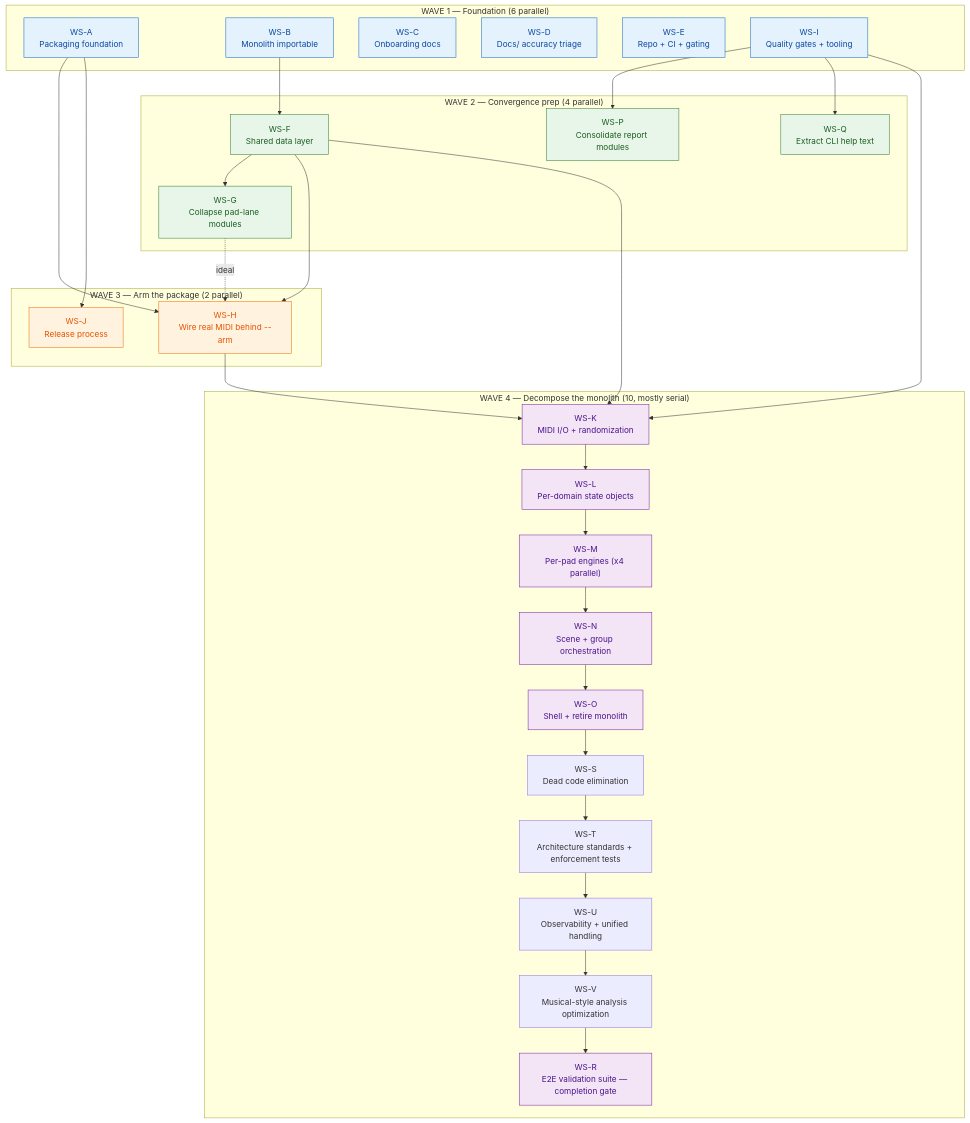
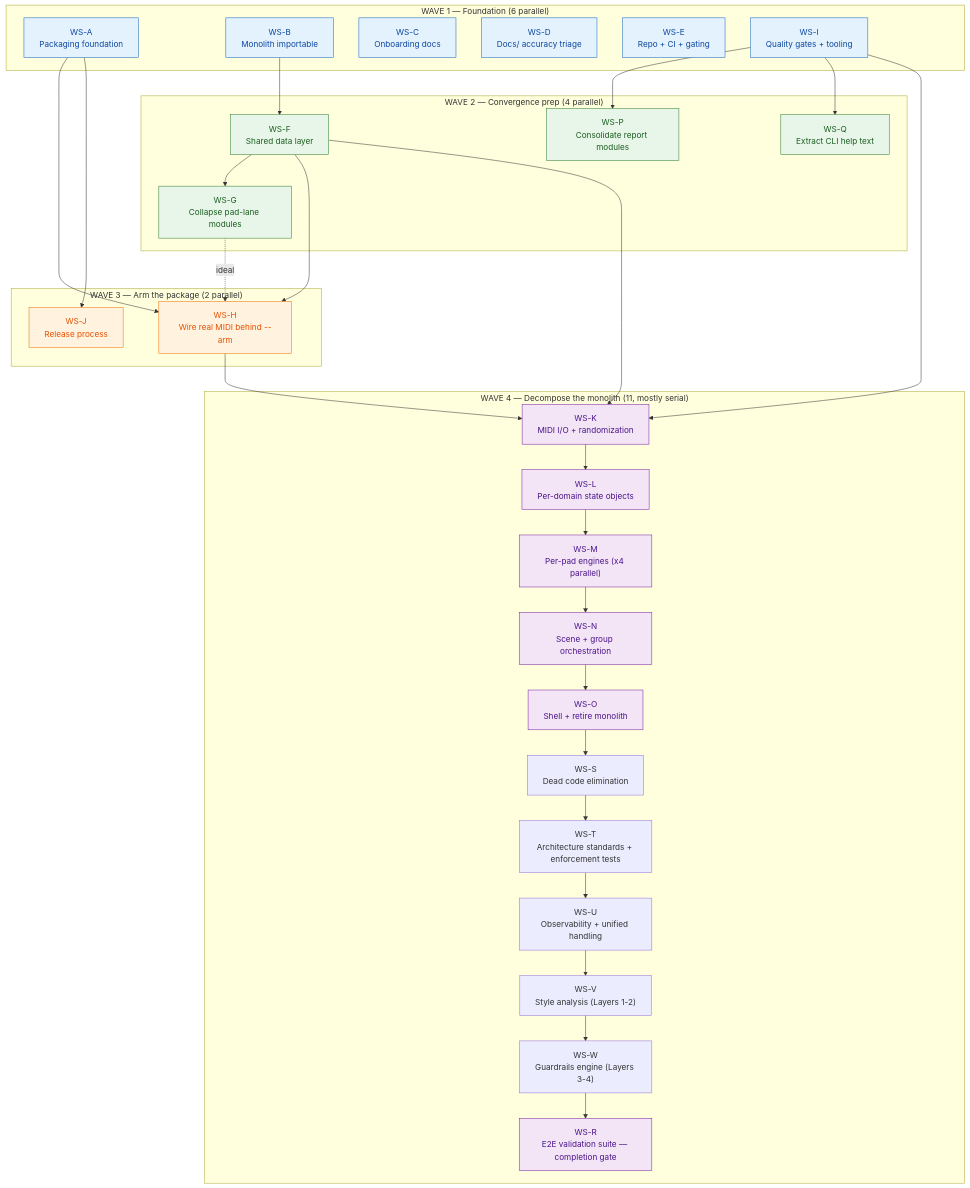
One commit to buzzijose-hub/RytmRandomizer changed the second of 8 diagrams in EXECUTION_PLAN.md. Above: the diagram before and after it, drawn with Mermaid. The commit also changed other lines of this file, not shown here.

First line of the commit message:
Split WS-V and add WS-W: the guardrails system as two workstreams

````diff
--- a/EXECUTION_PLAN.md
+++ b/EXECUTION_PLAN.md
@@ -68,63 +68,65 @@
 ```mermaid
 graph TD
     subgraph W1["WAVE 1 — Foundation (6 parallel)"]
         A["WS-A<br/>Packaging foundation"]
         B["WS-B<br/>Monolith importable"]
         C["WS-C<br/>Onboarding docs"]
         D["WS-D<br/>Docs/ accuracy triage"]
         E["WS-E<br/>Repo + CI + gating"]
         I["WS-I<br/>Quality gates + tooling"]
     end
     subgraph W2["WAVE 2 — Convergence prep (4 parallel)"]
         F["WS-F<br/>Shared data layer"]
         G["WS-G<br/>Collapse pad-lane modules"]
         P["WS-P<br/>Consolidate report modules"]
         Q["WS-Q<br/>Extract CLI help text"]
     end
     subgraph W3["WAVE 3 — Arm the package (2 parallel)"]
         H["WS-H<br/>Wire real MIDI behind --arm"]
         J["WS-J<br/>Release process"]
     end
-    subgraph W4["WAVE 4 — Decompose the monolith (10, mostly serial)"]
+    subgraph W4["WAVE 4 — Decompose the monolith (11, mostly serial)"]
         K["WS-K<br/>MIDI I/O + randomization"]
         L["WS-L<br/>Per-domain state objects"]
         M["WS-M<br/>Per-pad engines (x4 parallel)"]
         N["WS-N<br/>Scene + group orchestration"]
         O["WS-O<br/>Shell + retire monolith"]
         S["WS-S<br/>Dead code elimination"]
         T["WS-T<br/>Architecture standards + enforcement tests"]
         U["WS-U<br/>Observability + unified handling"]
-        V["WS-V<br/>Musical-style analysis optimization"]
+        V["WS-V<br/>Style analysis (Layers 1-2)"]
+        W["WS-W<br/>Guardrails engine (Layers 3-4)"]
         R["WS-R<br/>E2E validation suite — completion gate"]
     end
 
     B --> F
     F --> G
     I --> P
     I --> Q
     A --> H
     F --> H
     G -.ideal.-> H
     A --> J
     F --> K
     H --> K
     I --> K
     K --> L
     L --> M
     M --> N
     N --> O
     O --> S
     S --> T
     T --> U
     U --> V
-    V --> R
+    V --> W
+    W --> R
 
     classDef wave1 fill:#e3f2fd,stroke:#1565c0,color:#0d47a1
     classDef wave2 fill:#e8f5e9,stroke:#2e7d32,color:#1b5e20
     classDef wave3 fill:#fff3e0,stroke:#ef6c00,color:#e65100
     classDef wave4 fill:#f3e5f5,stroke:#7b1fa2,color:#4a148c
     class A,B,C,D,E,I wave1
     class F,G,P,Q wave2
     class H,J wave3
     class K,L,M,N,O,R wave4
 ```
````
